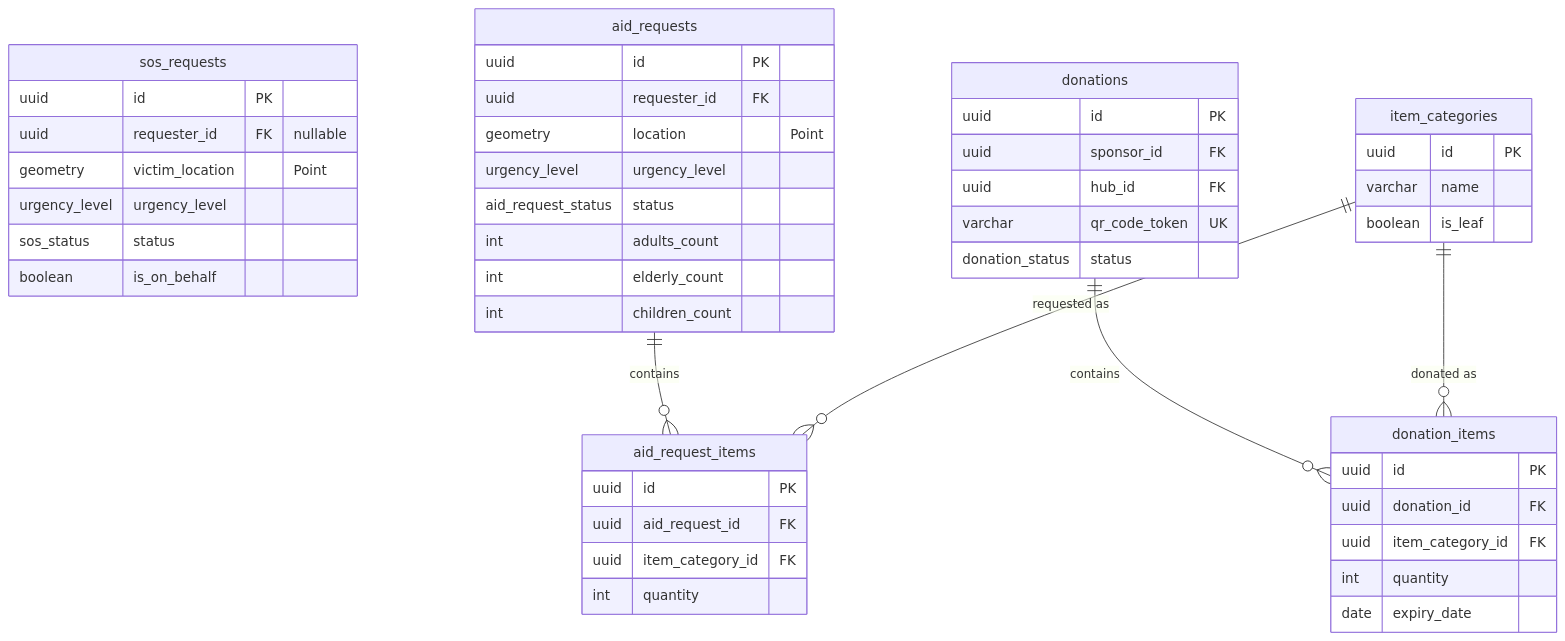
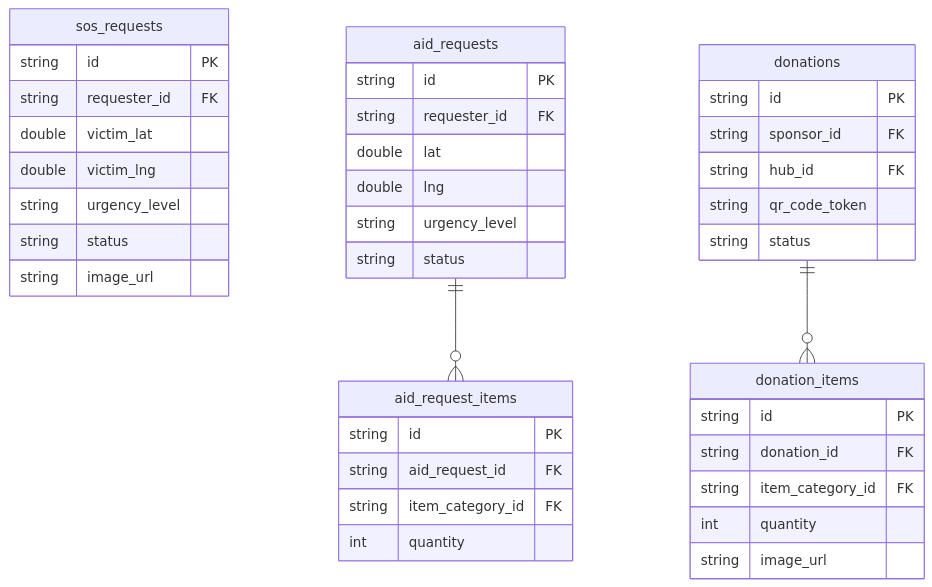
The fourth of 6 diagrams in docs/erd.md (phatnguyen975/AidBridge), drawn with Mermaid before and after one commit. The commit also changed other lines of this file and 15 other files, not shown here.

Commit message:
Database.md and erd.md preview

````diff
--- a/docs/erd.md
+++ b/docs/erd.md
@@ -550,51 +452,43 @@
 ```mermaid
 erDiagram
     sos_requests {
-        uuid          id              PK
-        uuid          requester_id    FK "nullable"
-        geometry      victim_location "Point"
-        urgency_level urgency_level
-        sos_status    status
-        boolean       is_on_behalf
+        string id PK
+        string requester_id FK
+        double victim_lat
+        double victim_lng
+        string urgency_level
+        string status
+        string image_url
     }
     aid_requests {
-        uuid               id           PK
-        uuid               requester_id FK
-        geometry           location     "Point"
-        urgency_level      urgency_level
-        aid_request_status status
-        int                adults_count
-        int                elderly_count
-        int                children_count
+        string id PK
+        string requester_id FK
+        double lat
+        double lng
+        string urgency_level
+        string status
     }
     aid_request_items {
-        uuid id               PK
-        uuid aid_request_id   FK
-        uuid item_category_id FK
-        int  quantity
+        string id PK
+        string aid_request_id FK
+        string item_category_id FK
+        int quantity
     }
     donations {
-        uuid            id            PK
-        uuid            sponsor_id    FK
-        uuid            hub_id        FK
-        varchar         qr_code_token UK
-        donation_status status
+        string id PK
+        string sponsor_id FK
+        string hub_id FK
+        string qr_code_token
+        string status
     }
     donation_items {
-        uuid id               PK
-        uuid donation_id      FK
-        uuid item_category_id FK
-        int  quantity
-        date expiry_date
-    }
-    item_categories {
-        uuid    id   PK
-        varchar name
-        boolean is_leaf
+        string id PK
+        string donation_id FK
+        string item_category_id FK
+        int quantity
+        string image_url
     }
 
-    aid_requests      ||--o{  aid_request_items  : "contains"
-    item_categories   ||--o{  aid_request_items  : "requested as"
-    donations         ||--o{  donation_items     : "contains"
-    item_categories   ||--o{  donation_items     : "donated as"
+    aid_requests ||--o{ aid_request_items : ""
+    donations ||--o{ donation_items : ""
 ```
````
